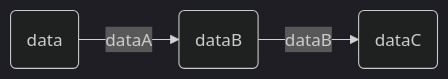
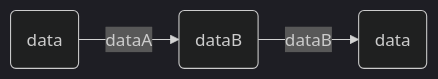
One commit to yoyoyohamapi/books-underscore-analysis changed the diagram in function/函数组合.md. Above: the diagram before and after it, drawn with Mermaid (dark theme).

```diff
--- a/function/函数组合.md
+++ b/function/函数组合.md
@@ -10,4 +10,4 @@
 {% mermaid %}
 graph LR;
-funcA(data)-->|dataA|funcB(dataB)-->|dataB|funcC(dataC)
+funcA(data)-->|dataA|funcB(dataB)-->|dataB|funcC(data)
 {% endmermaid %}
```
